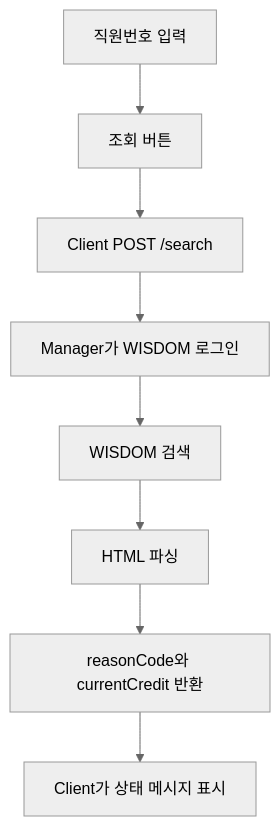
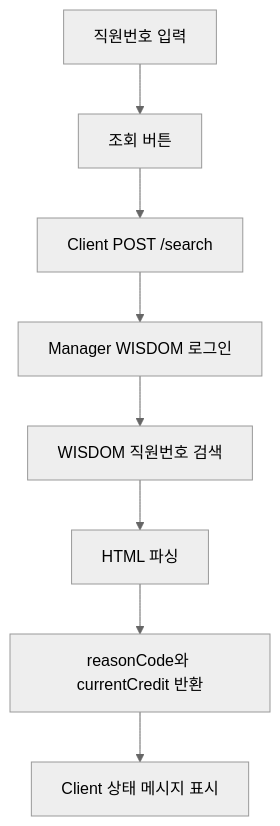
One commit to MiRiNaeJM/sogang-print-suite changed the diagram in client_app/README.md. Above: the diagram before and after it, drawn with Mermaid (neutral theme). The commit also changed other lines of this file and 2 other files, not shown here.

````diff
--- a/client_app/README.md
+++ b/client_app/README.md
@@ -122,10 +103,10 @@
 ```mermaid
 flowchart TD
     A[직원번호 입력] --> B[조회 버튼]
     B --> C[Client POST /search]
-    C --> D[Manager가 WISDOM 로그인]
-    D --> E[WISDOM 검색]
+    C --> D[Manager WISDOM 로그인]
+    D --> E[WISDOM 직원번호 검색]
     E --> F[HTML 파싱]
     F --> G[reasonCode와 currentCredit 반환]
-    G --> H[Client가 상태 메시지 표시]
+    G --> H[Client 상태 메시지 표시]
 ```
````
